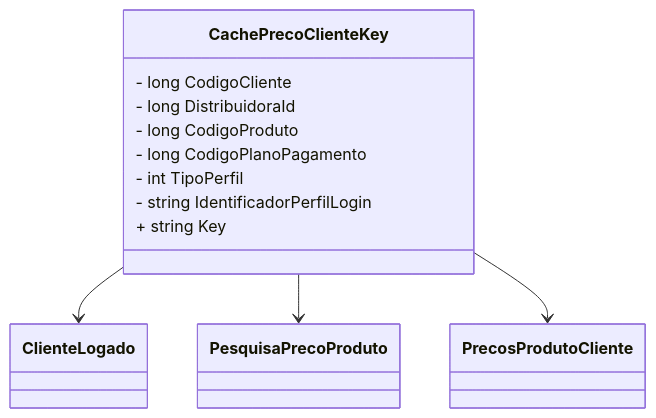
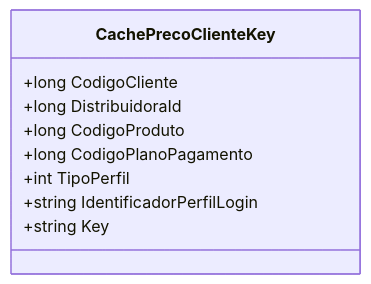
The diagram in docs/b2b-dominio/IsthmusWinthor.Nucleo/IsthmusWinthor.Dominio/CacheKeys/CachePrecoClienteKey.md (IsthmusSistemas/documentacao-tecnica), drawn with Mermaid before and after one commit. The commit also changed other lines of this file and 882 other files, not shown here.

````diff
--- a/docs/b2b-dominio/IsthmusWinthor.Nucleo/IsthmusWinthor.Dominio/CacheKeys/CachePrecoClienteKey.md
+++ b/docs/b2b-dominio/IsthmusWinthor.Nucleo/IsthmusWinthor.Dominio/CacheKeys/CachePrecoClienteKey.md
@@ -47,15 +25,12 @@
 ```mermaid
 classDiagram
     class CachePrecoClienteKey {
-        - long CodigoCliente
-        - long DistribuidoraId
-        - long CodigoProduto
-        - long CodigoPlanoPagamento
-        - int TipoPerfil
-        - string IdentificadorPerfilLogin
-        + string Key
+        +long CodigoCliente
+        +long DistribuidoraId
+        +long CodigoProduto
+        +long CodigoPlanoPagamento
+        +int TipoPerfil
+        +string IdentificadorPerfilLogin
+        +string Key
     }
-    CachePrecoClienteKey --> ClienteLogado
-    CachePrecoClienteKey --> PesquisaPrecoProduto
-    CachePrecoClienteKey --> PrecosProdutoCliente
 ```
````
